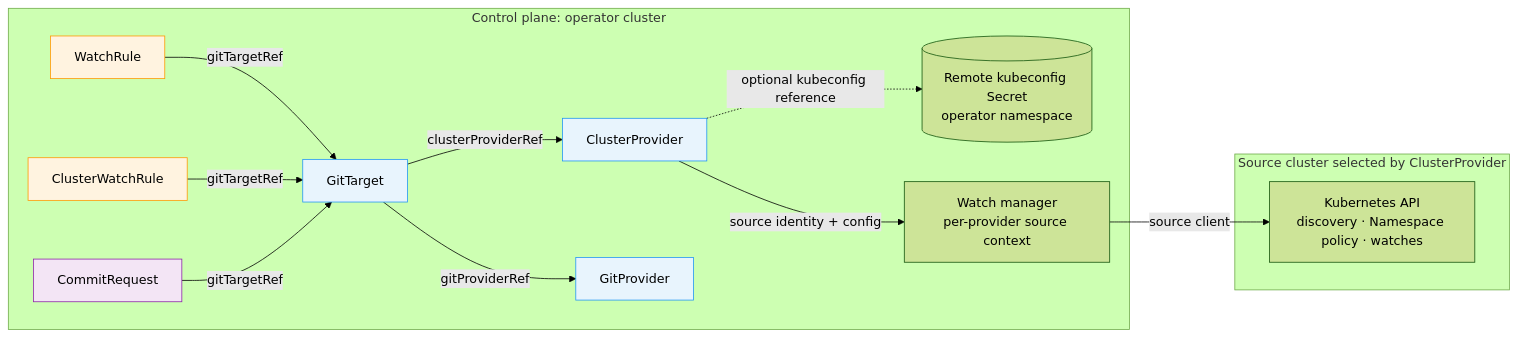
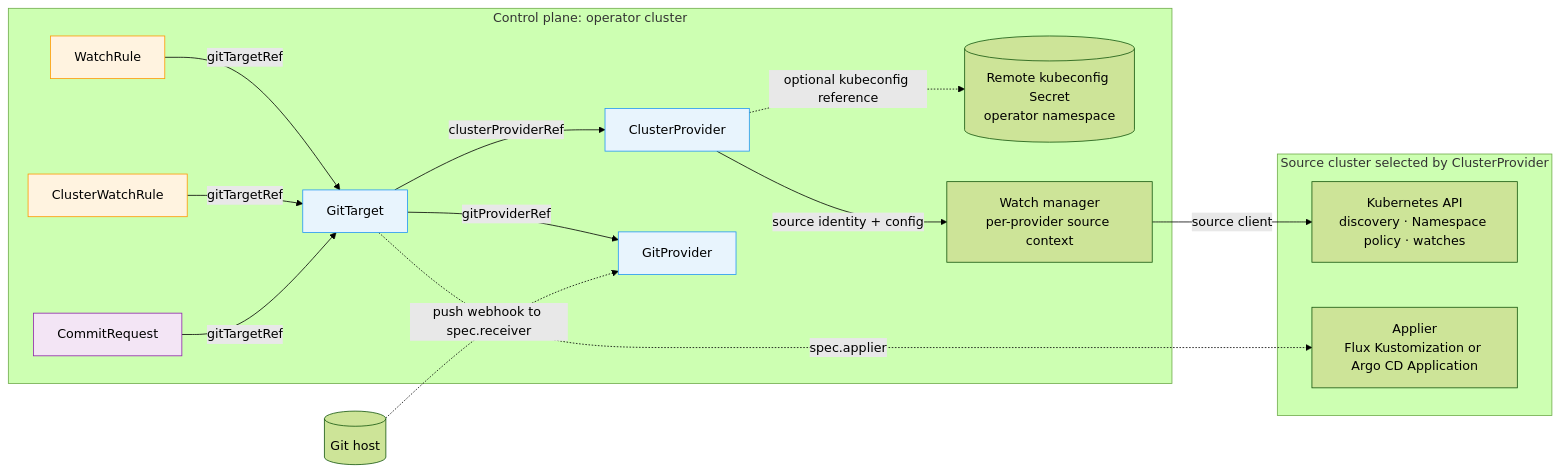
Before and after one commit to ConfigButler/gitops-reverser: the first of 6 diagrams in docs/architecture.md, drawn with Mermaid (forest theme). The commit also changed other lines of this file and 5 other files, not shown here.

````diff
--- a/docs/architecture.md
+++ b/docs/architecture.md
@@ -240,27 +253,32 @@
 ```mermaid
 graph LR
     subgraph CONTROL["Control plane: operator cluster"]
         WR[WatchRule] -->|gitTargetRef| GT[GitTarget]
         CWR[ClusterWatchRule] -->|gitTargetRef| GT
         CR[CommitRequest] -->|gitTargetRef| GT
         GT -->|clusterProviderRef| CP[ClusterProvider]
         GT -->|gitProviderRef| GP[GitProvider]
         KCFG[("Remote kubeconfig Secret\noperator namespace")]
         WM["Watch manager\nper-provider source context"]
     end
 
     subgraph SOURCE["Source cluster selected by ClusterProvider"]
         API["Kubernetes API\ndiscovery · Namespace policy · watches"]
+        APPLIER["Applier\nFlux Kustomization or Argo CD Application"]
     end
+
+    HOST[("Git host")]
 
     CP -. "optional kubeconfig reference" .-> KCFG
     CP -->|"source identity + config"| WM
     WM -->|"source client"| API
+    GT -. "spec.applier" .-> APPLIER
+    HOST -. "push webhook to spec.receiver" .-> GP
 
     style GP fill:#e8f4fd,stroke:#2196f3
     style CP fill:#e8f4fd,stroke:#2196f3
     style GT fill:#e8f4fd,stroke:#2196f3
     style WR fill:#fff3e0,stroke:#ff9800
     style CWR fill:#fff3e0,stroke:#ff9800
     style CR fill:#f3e5f5,stroke:#8e24aa
 ```
````
